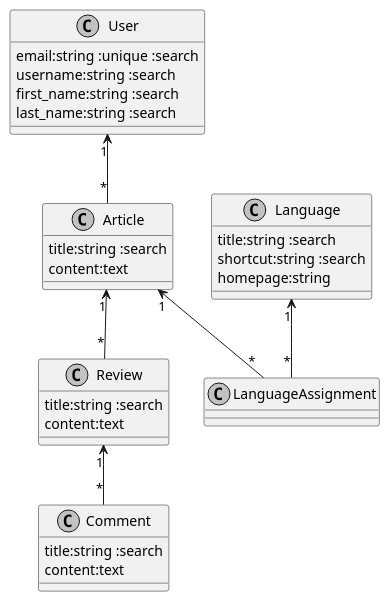
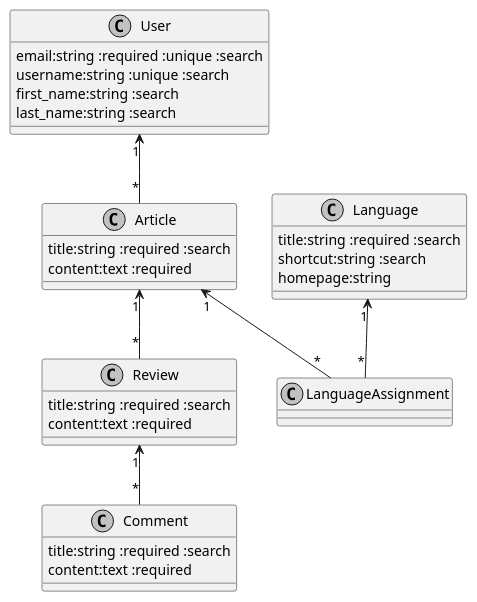
The diagram in docs/model.md (jrcech/blogger), drawn with PlantUML before and after one commit. The commit also changed other lines of this file and 5 other files, not shown here.

````diff
--- a/docs/model.md
+++ b/docs/model.md
@@ -1,44 +11,44 @@
 ```plantuml
 @startuml
 
 skinparam monochrome true
 skinparam shadowing false
 
 class User {
-  email:string :unique :search
-  username:string :search
+  email:string :required :unique :search
+  username:string :unique :search
   first_name:string :search
   last_name:string :search
 }
 
 class Article {
-  title:string :search
-  content:text
+  title:string :required :search
+  content:text :required
 }
 
 class Language {
-  title:string :search
+  title:string :required :search
   shortcut:string :search
   homepage:string
 }
 
 class Comment {
-  title:string :search
-  content:text
+  title:string :required :search
+  content:text :required
 }
 
 class Review {
-  title:string :search
-  content:text
+  title:string :required :search
+  content:text :required
 }
 
 User "1" <-- "*" Article
 
 Article "1" <-- "*" Review
 Review "1" <-- "*" Comment
 
 Article "1" <-- "*" LanguageAssignment
 Language "1" <-- "*" LanguageAssignment
 
 @enduml
 ```
````
